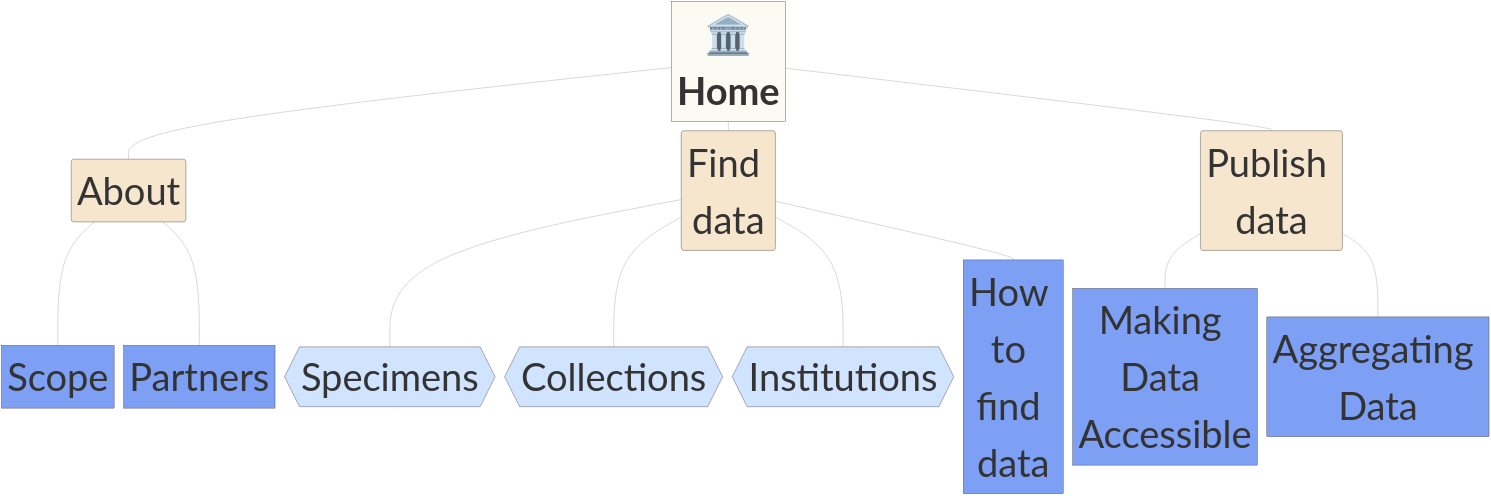
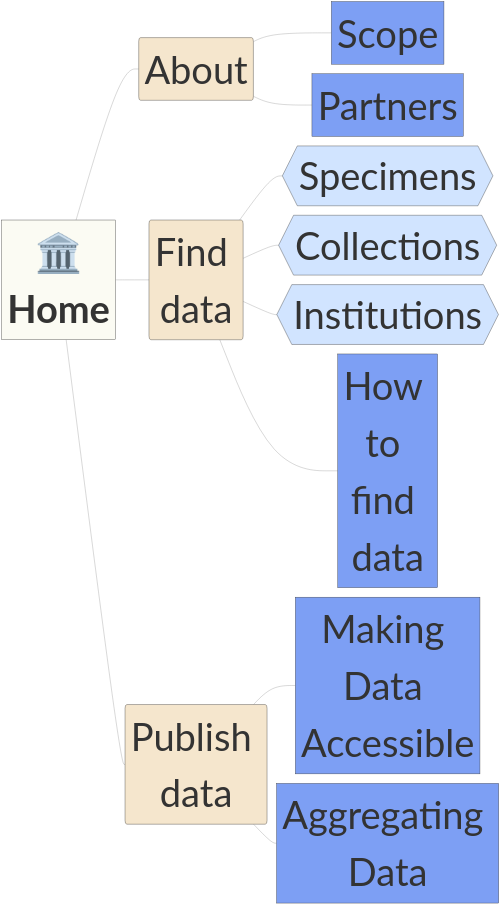
One commit to gbif/hp-swissnatcoll changed the diagram in en/home.md. Above: the diagram before and after it, drawn with Mermaid.

```diff
--- a/en/home.md
+++ b/en/home.md
@@ -59,40 +59,40 @@
 <div class="mermaid">
-graph TD;
+graph LR;
     Home["🏛️Home"] --- About;
     Home --- Find_data[Find data];
     Home --- Publish_data[Publish data];
 
     %% Decision Graph in Step 3
     About --- Scope;
     About --- Partners;
     Find_data --- Specimens{{Specimens}};
     Find_data --- Collections{{Collections}};
     Find_data --- Institutions{{Institutions}};
     Find_data --- How_find_data[How to find data];
     Publish_data --- Accessible[Making Data Accessible];
     Publish_data --- Aggregating[Aggregating Data];
     
 
     %% Define a "common style" for several blocks
     classDef homepage fill:#FBFBF3,stroke:#333,stroke-width:2px,font-weight:bold,font-size:200px;
     classDef navigation fill: #F5E6CD,stroke:#333,stroke-width:2px,rx:10px,ry:20px,font-size:200px;
     classDef content fill: #7D9FF4,stroke:#333,stroke-width:2px,font-size:200px;
     classDef data fill: #D1E4FF,stroke:#333,stroke-width:2px,font-size:200px;
 
     %% Apply le style à tous les blocs qui doivent avoir la même couleur
     class Home homepage;
     class About,Find_data,Publish_data navigation;
     class Scope,Partners,How_find_data,Accessible,Aggregating content;
     class Specimens,Collections,Institutions data;
     
     %% Define the hyperlink
     click Home "/"
     click Scope "/en/about-scope/"
     click Partners "/en/about-partners"
     click How_find_data "/en/how-to-find-data"
     click Accessible "/en/making-data-accessible/"
     click Aggregating "/en/aggregating-data/"
     click Specimens "/occurrence/search"
     click Collections "/collection/search"
     click Institutions "/institution/search"
 </div>
```
